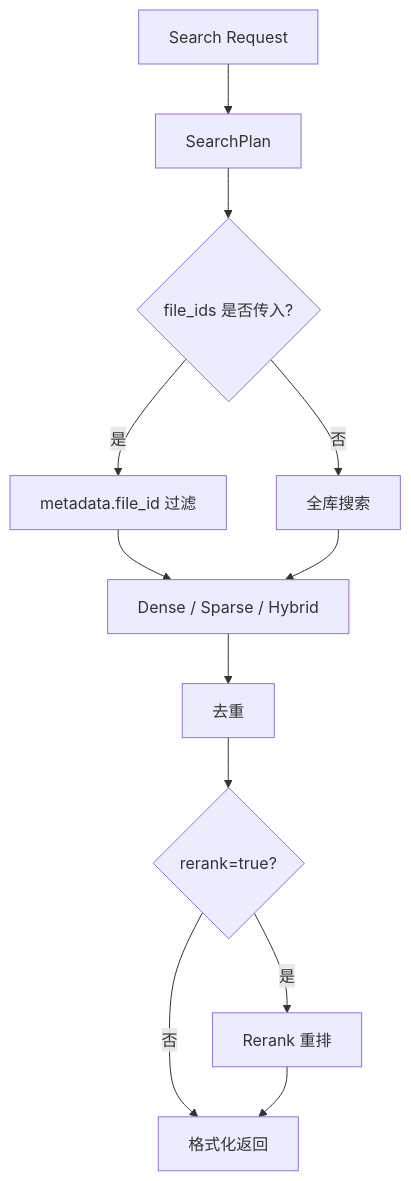
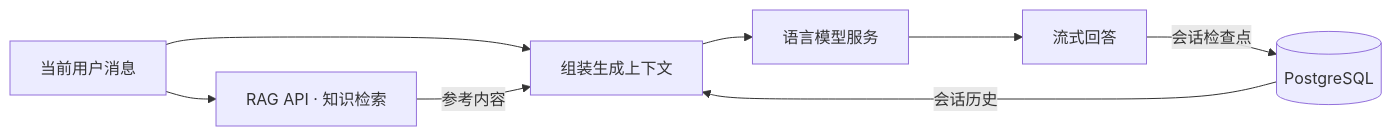
The seventh of 7 diagrams in docs/architecture.md (guobinqiu/new_brain), drawn with Mermaid before and after one commit. The commit also changed other lines of this file and 587 other files, not shown here.

````diff
--- a/docs/architecture.md
+++ b/docs/architecture.md
@@ -206,14 +162,10 @@
 ```mermaid
-flowchart TB
-  Query["Search Request"] --> Plan["SearchPlan"]
-  Plan --> Filter{"file_ids 是否传入?"}
-  Filter -->|是| FileFilter["metadata.file_id 过滤"]
-  Filter -->|否| Full["全库搜索"]
-  FileFilter --> Retrieve["Dense / Sparse / Hybrid"]
-  Full --> Retrieve
-  Retrieve --> Dedupe["去重"]
-  Dedupe --> NeedRerank{"rerank=true?"}
-  NeedRerank -->|是| Rerank["Rerank 重排"]
-  NeedRerank -->|否| Format["格式化返回"]
-  Rerank --> Format
+flowchart LR
+    Request["当前用户消息"] --> Retrieval["RAG API · 知识检索"]
+    Request --> Context["组装生成上下文"]
+    Retrieval -->|参考内容| Context
+    Context --> Model["语言模型服务"]
+    Model --> Answer["流式回答"]
+    DB[("PostgreSQL")] -->|会话历史| Context
+    Answer -->|会话检查点| DB
 ```
````
